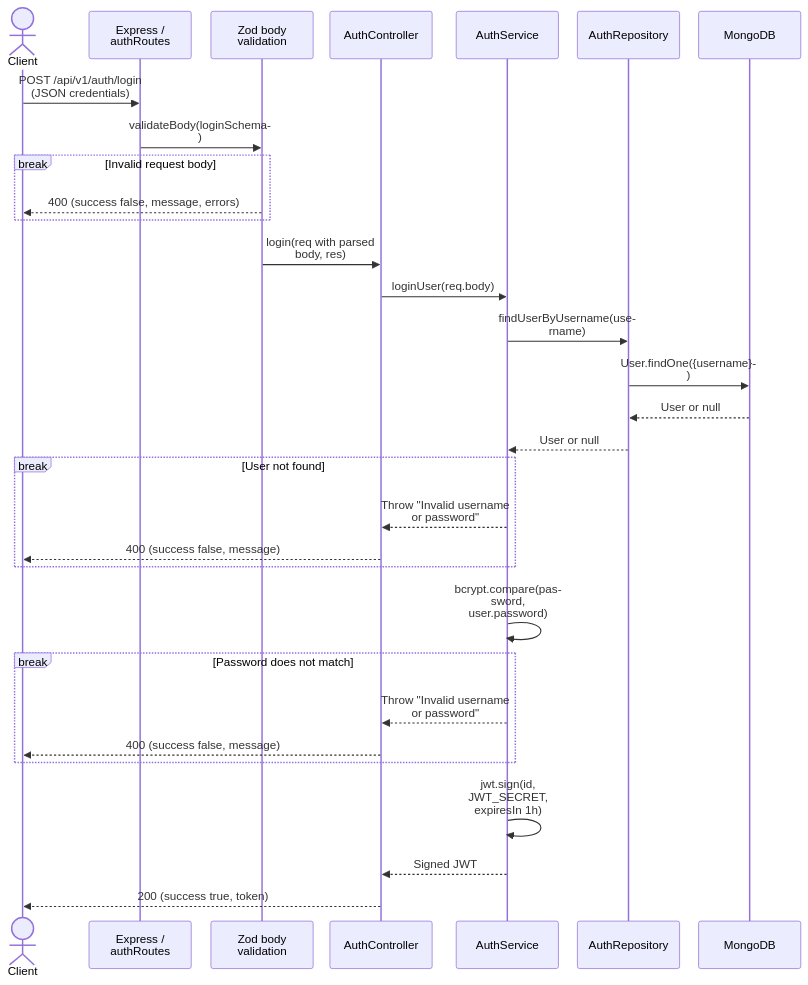
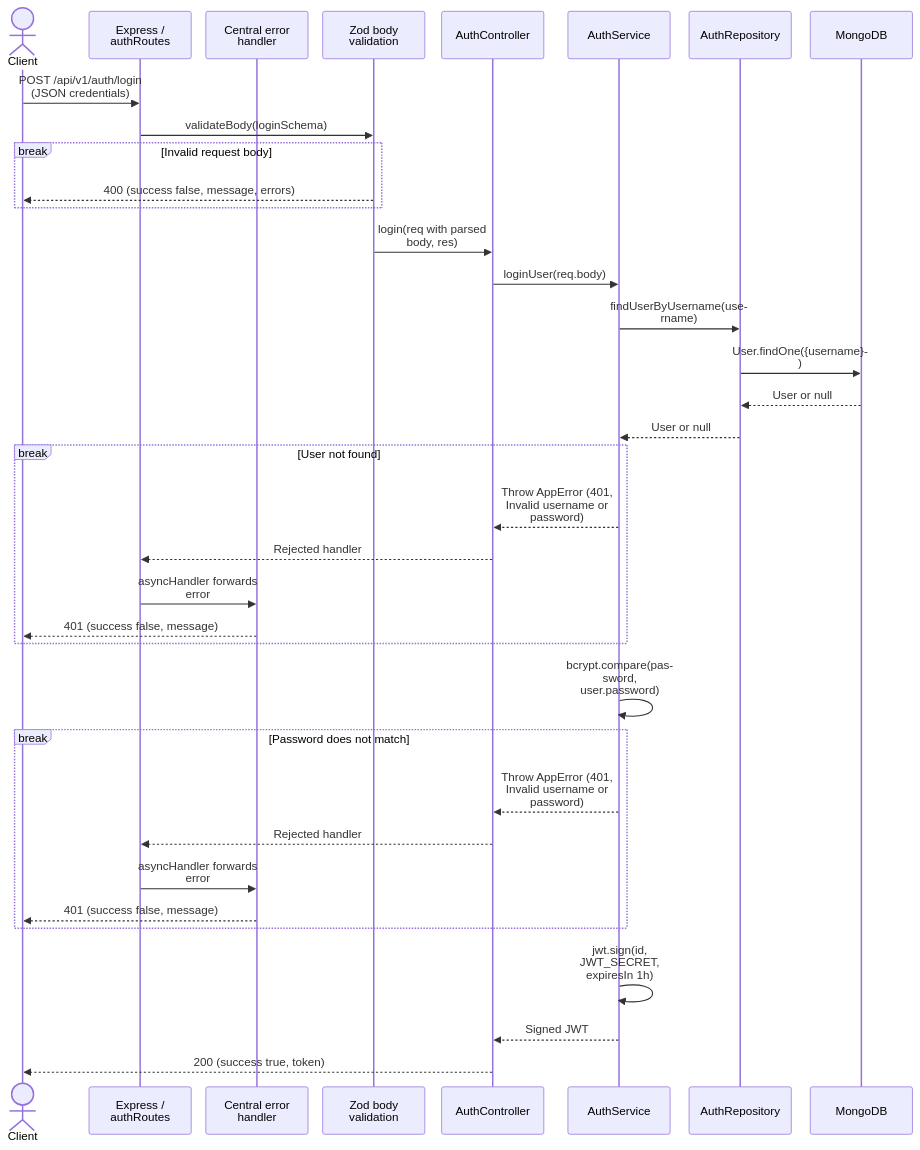
The second of 3 diagrams in docs/architecture/authentication-flows.md (amin-newcastle/authMS), drawn with Mermaid before and after one commit. The commit also changed other lines of this file and 18 other files, not shown here.

````diff
--- a/docs/architecture/authentication-flows.md
+++ b/docs/architecture/authentication-flows.md
@@ -81,40 +84,45 @@
 ```mermaid
 ---
 config:
   sequence:
     wrap: true
     actorMargin: 20
     width: 140
 ---
 sequenceDiagram
     actor Client
     participant Routes as Express / authRoutes
+    participant Errors as Central error handler
     participant Validation as Zod body validation
     participant Controller as AuthController
     participant Service as AuthService
     participant Repository as AuthRepository
     participant DB as MongoDB
     Client->>Routes: POST /api/v1/auth/login (JSON credentials)
     Routes->>Validation: validateBody(loginSchema)
     break Invalid request body
         Validation-->>Client: 400 (success false, message, errors)
     end
     Validation->>Controller: login(req with parsed body, res)
     Controller->>Service: loginUser(req.body)
     Service->>Repository: findUserByUsername(username)
     Repository->>DB: User.findOne({username})
     DB-->>Repository: User or null
     Repository-->>Service: User or null
     break User not found
-        Service-->>Controller: Throw "Invalid username or password"
-        Controller-->>Client: 400 (success false, message)
+        Service-->>Controller: Throw AppError (401, Invalid username or password)
+        Controller-->>Routes: Rejected handler
+        Routes->>Errors: asyncHandler forwards error
+        Errors-->>Client: 401 (success false, message)
     end
     Service->>Service: bcrypt.compare(password, user.password)
     break Password does not match
-        Service-->>Controller: Throw "Invalid username or password"
-        Controller-->>Client: 400 (success false, message)
+        Service-->>Controller: Throw AppError (401, Invalid username or password)
+        Controller-->>Routes: Rejected handler
+        Routes->>Errors: asyncHandler forwards error
+        Errors-->>Client: 401 (success false, message)
     end
     Service->>Service: jwt.sign(id, JWT_SECRET, expiresIn 1h)
     Service-->>Controller: Signed JWT
     Controller-->>Client: 200 (success true, token)
 ```
````
